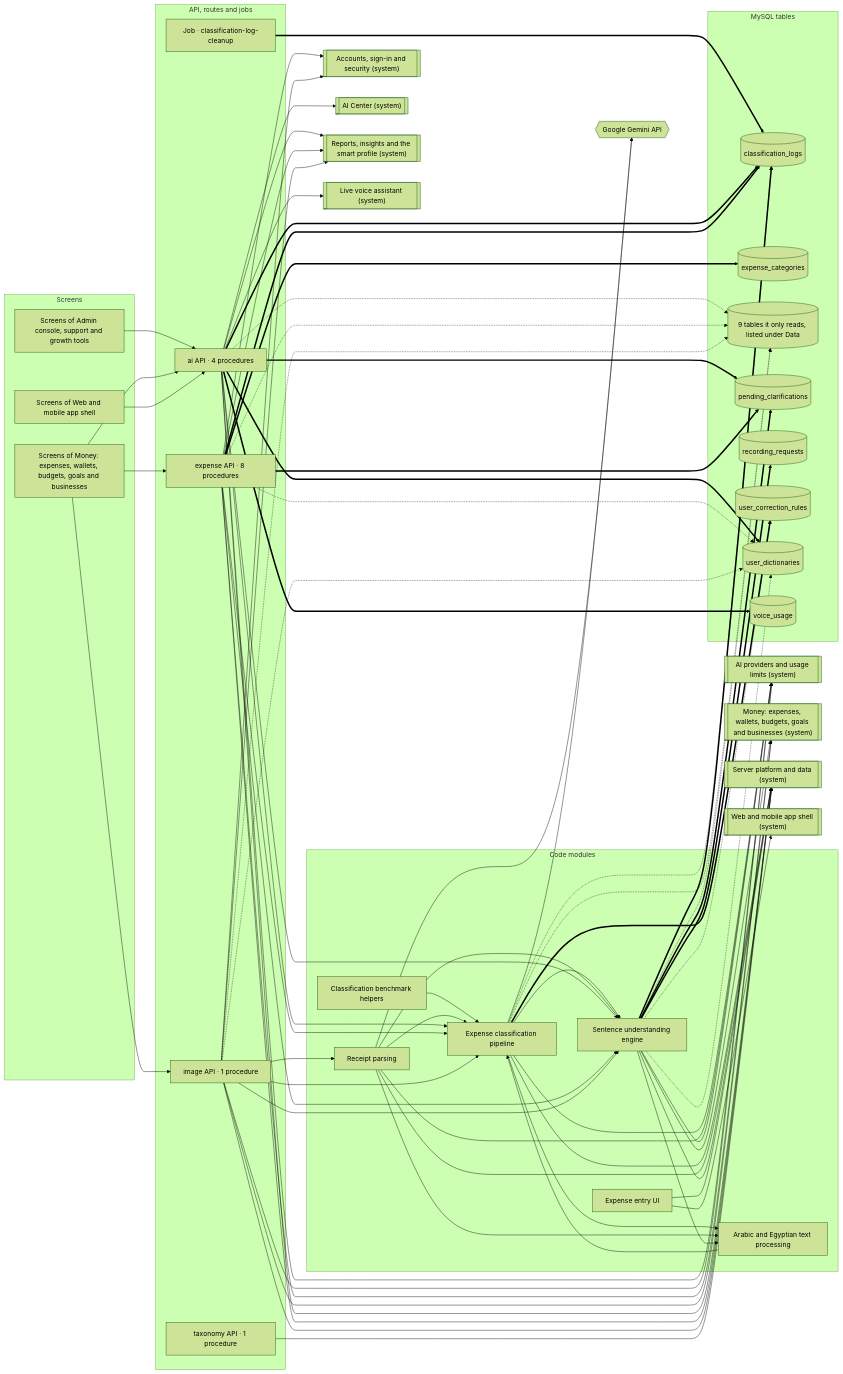
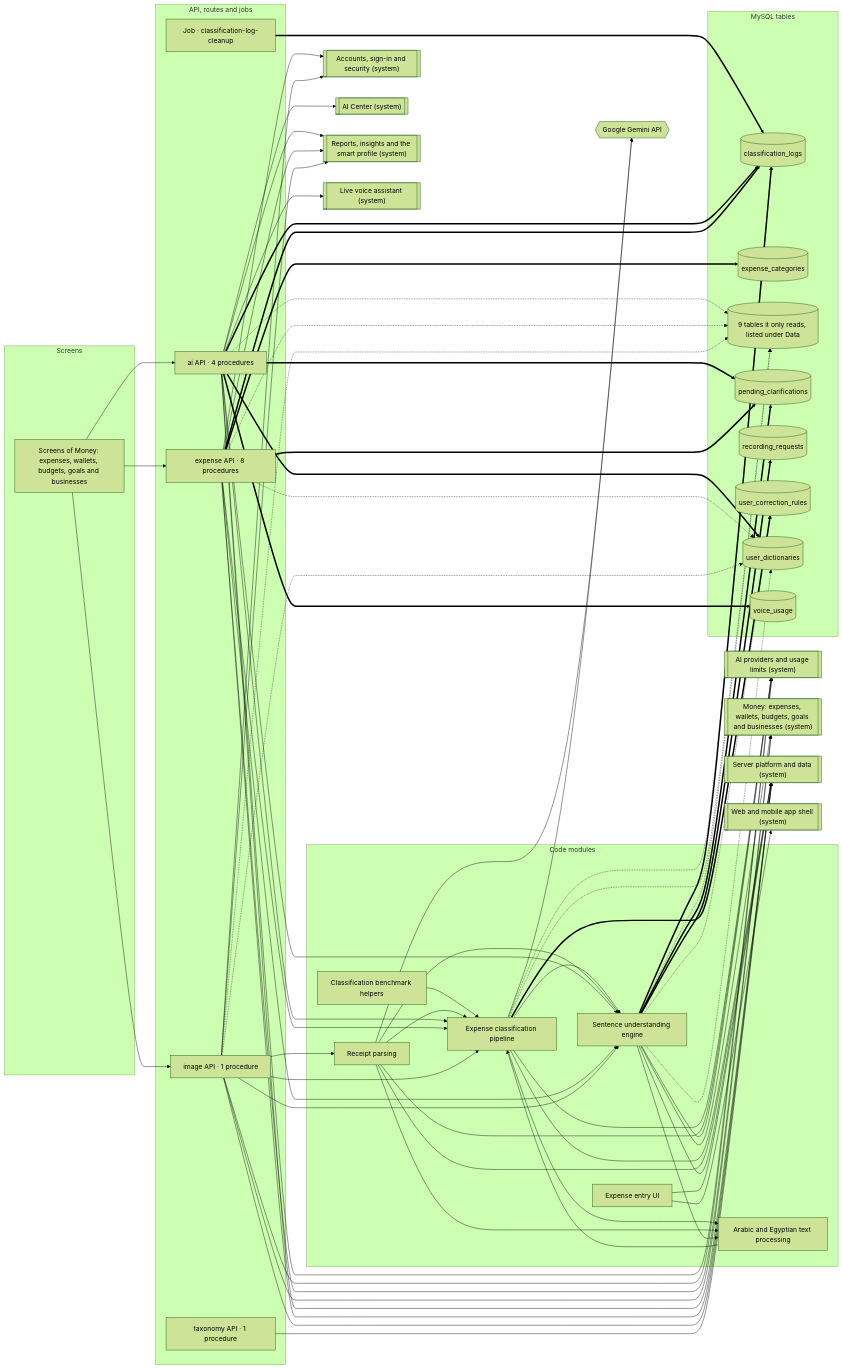
The first of 2 diagrams in docs/atlas/systems/expense-capture.md (mahmoudtaherr111/smartspend_mini_all), drawn with Mermaid (forest theme) before and after one commit. The commit also changed other lines of this file and 44 other files, not shown here.

````diff
--- a/docs/atlas/systems/expense-capture.md
+++ b/docs/atlas/systems/expense-capture.md
@@ -13,9 +13,7 @@
 ```mermaid
 flowchart LR
   subgraph g_screens["Screens"]
-    screens_admin["Screens of Admin console, support and growth tools"]
     screens_money["Screens of Money: expenses, wallets, budgets, goals and businesses"]
-    screens_web_app["Screens of Web and mobile app shell"]
   end
   subgraph g_api["API, routes and jobs"]
     job_classification_log_cleanup["Job · classification-log-cleanup"]
@@ -114,9 +112,7 @@
   router_image -.-> tbl_more
   router_image -.-> tbl_user_dictionaries
   router_taxonomy --> sys_platform
-  screens_admin --> router_ai
   screens_money --> router_ai
   screens_money --> router_expense
   screens_money --> router_image
-  screens_web_app --> router_ai
 ```
````
